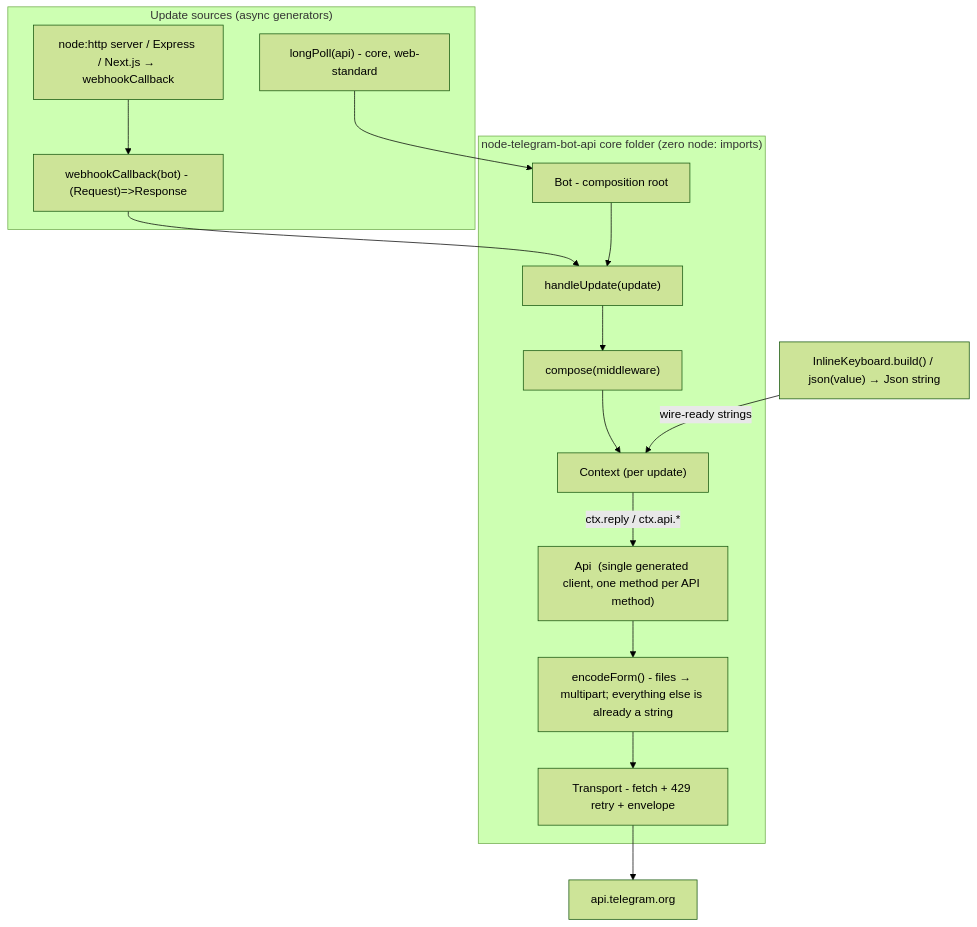
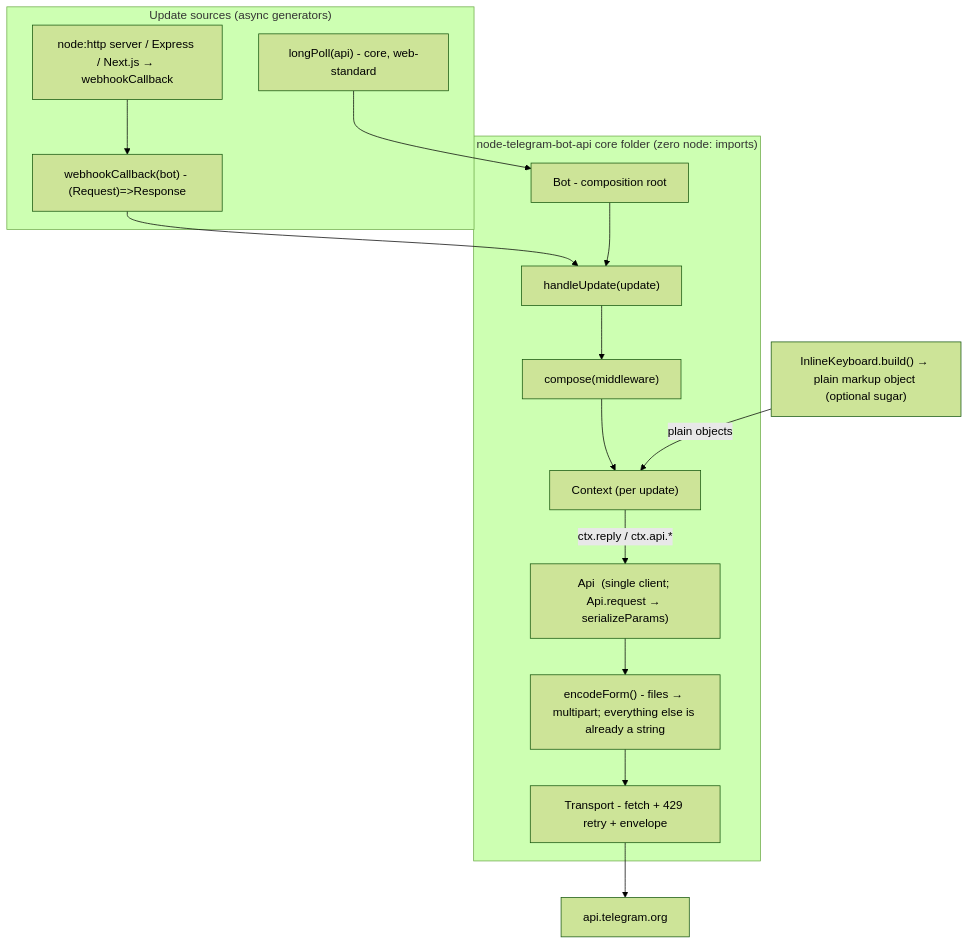
Before and after one commit to yagop/node-telegram-bot-api: the diagram in redesign/ARCHITECTURE.md, drawn with Mermaid (forest theme). The commit also changed other lines of this file and 9 other files, not shown here.

````diff
--- a/redesign/ARCHITECTURE.md
+++ b/redesign/ARCHITECTURE.md
@@ -65,27 +65,27 @@
 ```mermaid
 flowchart TD
   subgraph sources["Update sources (async generators)"]
     P["longPoll(api) - core, web-standard"]
     WCB["webhookCallback(bot) - (Request)=>Response"]
     NSrv["node:http server / Express / Next.js → webhookCallback"]
   end
 
   subgraph core["node-telegram-bot-api core folder (zero node: imports)"]
     BOT["Bot - composition root"]
     DISP["handleUpdate(update)"]
     COMP["compose(middleware)"]
     CTX["Context (per update)"]
-    API["Api  (single generated client, one method per API method)"]
+    API["Api  (single client; Api.request → serializeParams)"]
     ENC["encodeForm() - files → multipart; everything else is already a string"]
     TR["Transport - fetch + 429 retry + envelope"]
   end
 
-  BLD["InlineKeyboard.build() / json(value) → Json<T> string"]
+  BLD["InlineKeyboard.build() → plain markup object (optional sugar)"]
 
   P --> BOT
   WCB --> DISP
   NSrv --> WCB
   BOT --> DISP --> COMP --> CTX
-  BLD -->|wire-ready strings| CTX
+  BLD -->|plain objects| CTX
   CTX -->|ctx.reply / ctx.api.*| API --> ENC --> TR --> TG["api.telegram.org"]
 ```
````
